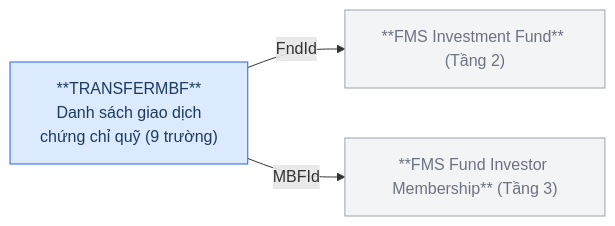
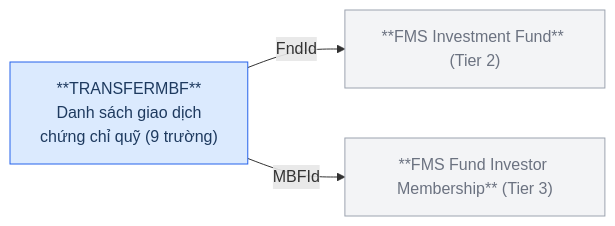
One commit to linhlvit/ubck_atomic_design changed the first of 7 diagrams in Silver/hld/FMS_HLD_Tier4.md. Above: the diagram before and after it, drawn with Mermaid. The commit also changed other lines of this file and 111 other files, not shown here.

````diff
--- a/Silver/hld/FMS_HLD_Tier4.md
+++ b/Silver/hld/FMS_HLD_Tier4.md
@@ -24,12 +19,12 @@
 ```mermaid
 graph LR
     classDef src fill:#dbeafe,stroke:#2563eb,color:#1e3a5f
     classDef ref fill:#f3f4f6,stroke:#9ca3af,color:#6b7280
 
-    FUNDS["**FMS Investment Fund** (Tầng 2)"]:::ref
-    MBFUND["**FMS Fund Investor Membership** (Tầng 3)"]:::ref
+    FUNDS["**FMS Investment Fund** (Tier 2)"]:::ref
+    MBFUND["**FMS Fund Investor Membership** (Tier 3)"]:::ref
     TRANSFERMBF["**TRANSFERMBF**\nDanh sách giao dịch\nchứng chỉ quỹ (9 trường)"]:::src
 
     TRANSFERMBF -->|FndId| FUNDS
     TRANSFERMBF -->|MBFId| MBFUND
 ```
````
